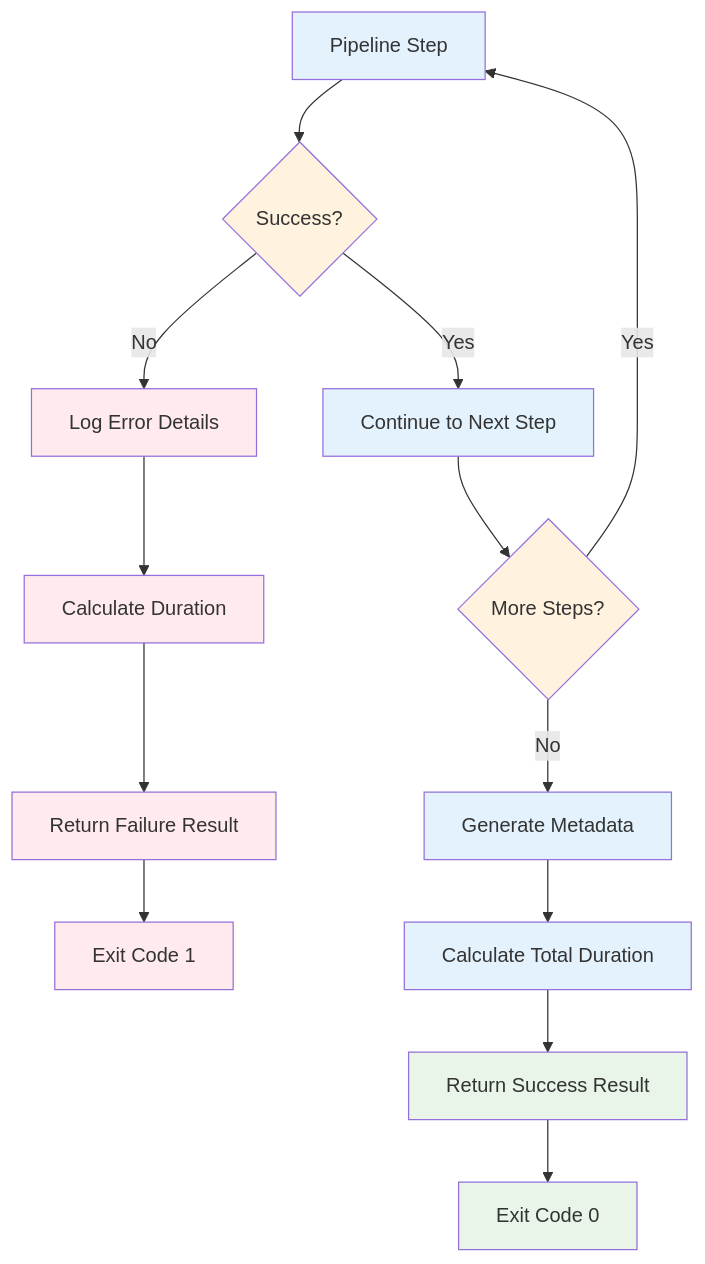
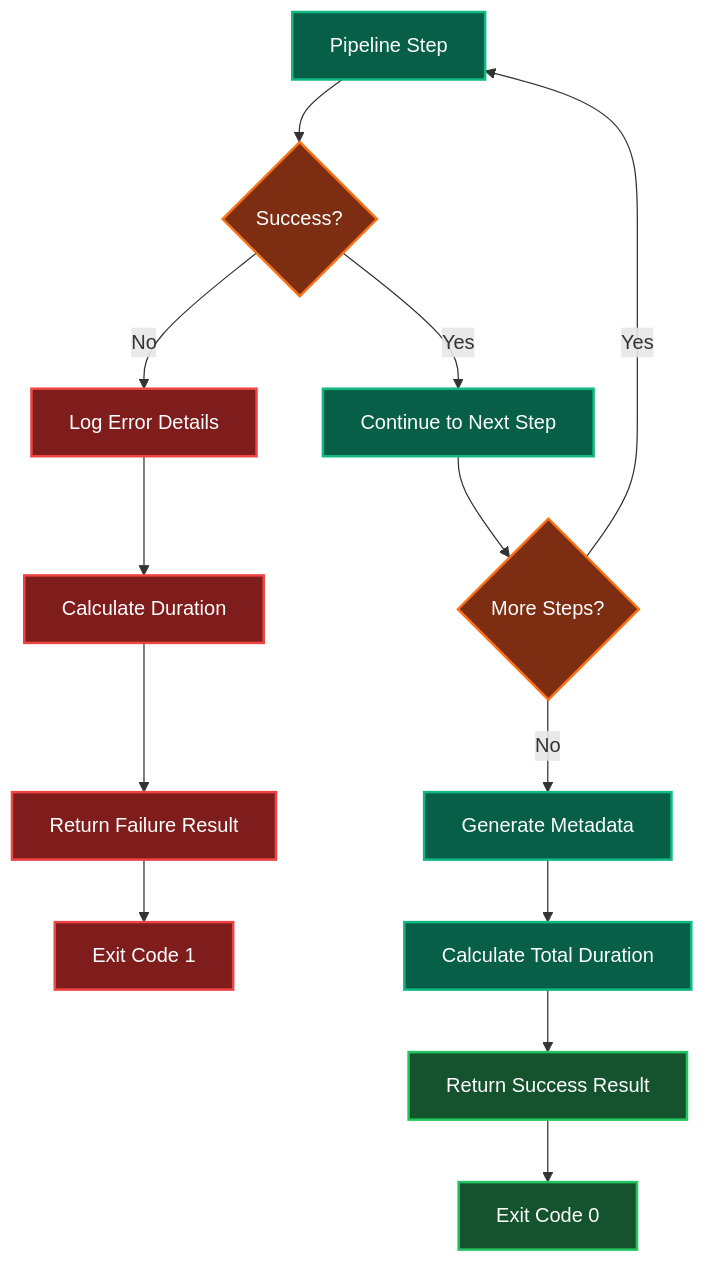
One commit to RobertJStewart/RE changed the fourth of 5 diagrams in backend/scripts/update_flow_diagram.md. Above: the diagram before and after it, drawn with Mermaid. The commit also changed other lines of this file, not shown here.

First line of the commit message:
Update diagram colors for dark background readability

````diff
--- a/backend/scripts/update_flow_diagram.md
+++ b/backend/scripts/update_flow_diagram.md
@@ -164,27 +164,27 @@
 ```mermaid
 graph TD
     A[Pipeline Step] --> B{Success?}
     B -->|Yes| C[Continue to Next Step]
     B -->|No| D[Log Error Details]
     D --> E[Calculate Duration]
     E --> F[Return Failure Result]
     F --> G[Exit Code 1]
     
     C --> H{More Steps?}
     H -->|Yes| A
     H -->|No| I[Generate Metadata]
     I --> J[Calculate Total Duration]
     J --> K[Return Success Result]
     K --> L[Exit Code 0]
     
-    %% Styling
-    classDef process fill:#e3f2fd
-    classDef decision fill:#fff3e0
-    classDef error fill:#ffebee
-    classDef success fill:#e8f5e8
+    %% Styling - Optimized for dark backgrounds
+    classDef process fill:#065f46,stroke:#10b981,stroke-width:2px,color:#ffffff
+    classDef decision fill:#7c2d12,stroke:#f97316,stroke-width:2px,color:#ffffff
+    classDef error fill:#7f1d1d,stroke:#ef4444,stroke-width:2px,color:#ffffff
+    classDef success fill:#14532d,stroke:#22c55e,stroke-width:2px,color:#ffffff
     
     class A,C,I,J process
     class B,H decision
     class D,E,F,G error
     class K,L success
 ```
````
